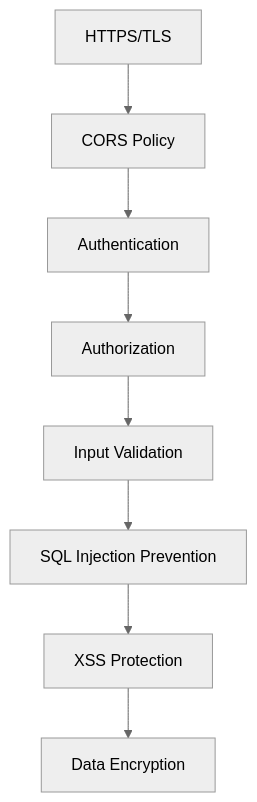
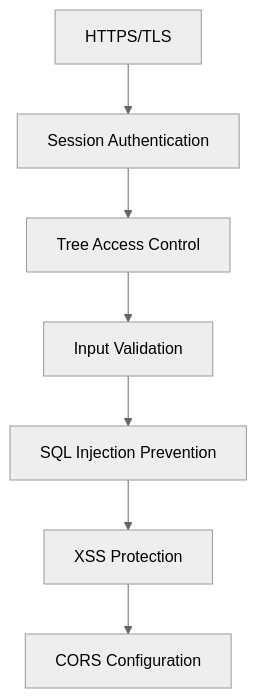
Before and after one commit to catalinviciu/ProductCanvas: the fourth of 9 diagrams in docs/architecture/System_Architecture_Overview.md, drawn with Mermaid (neutral theme). The commit also changed other lines of this file, not shown here.

First line of the commit message:
Assistant checkpoint: Updated architecture overview with Impact Tree specifics

````diff
--- a/docs/architecture/System_Architecture_Overview.md
+++ b/docs/architecture/System_Architecture_Overview.md
@@ -126,10 +160,9 @@
 ```mermaid
 graph TD
-    A[HTTPS/TLS] --> B[CORS Policy]
-    B --> C[Authentication]
-    C --> D[Authorization]
-    D --> E[Input Validation]
-    E --> F[SQL Injection Prevention]
-    F --> G[XSS Protection]
-    G --> H[Data Encryption]
+    A[HTTPS/TLS] --> B[Session Authentication]
+    B --> C[Tree Access Control]
+    C --> D[Input Validation]
+    D --> E[SQL Injection Prevention]
+    E --> F[XSS Protection]
+    F --> G[CORS Configuration]
 ```
````
